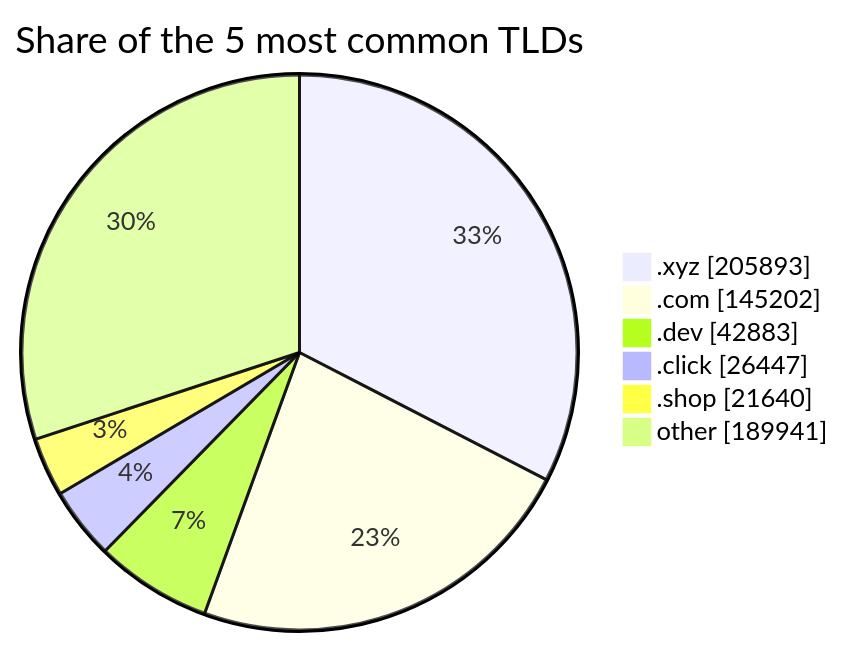
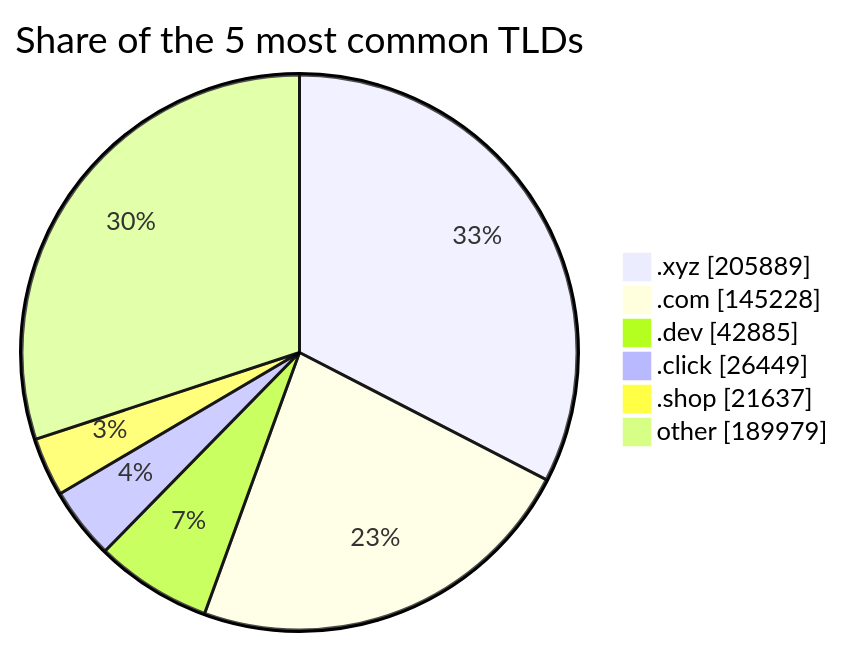
Before and after one commit to DNSBunker/CTI: the third of 3 diagrams in README.md, drawn with Mermaid. The commit also changed other lines of this file and 3 other files, not shown here.

````diff
--- a/README.md
+++ b/README.md
@@ -81,9 +81,9 @@
 ```mermaid
 pie showData title Share of the 5 most common TLDs
-    ".xyz" : 205893
-    ".com" : 145202
-    ".dev" : 42883
-    ".click" : 26447
-    ".shop" : 21640
-    "other" : 189941
+    ".xyz" : 205889
+    ".com" : 145228
+    ".dev" : 42885
+    ".click" : 26449
+    ".shop" : 21637
+    "other" : 189979
 ```
````
